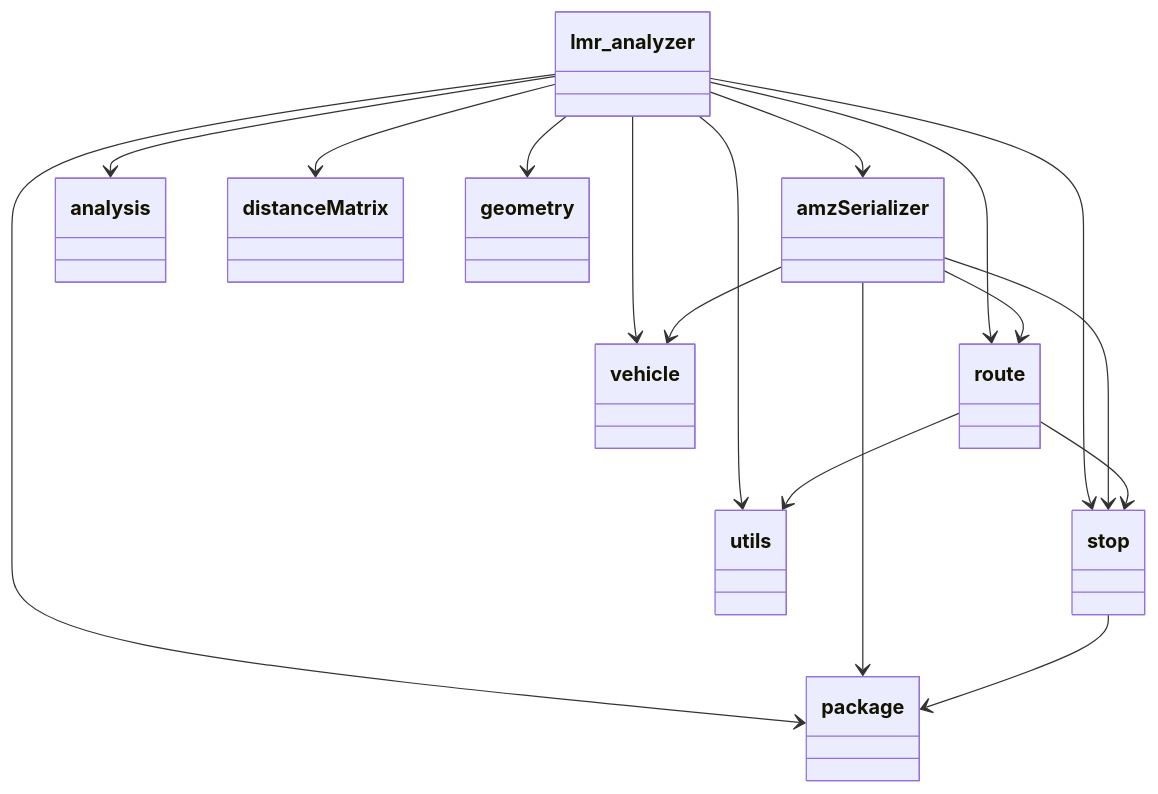
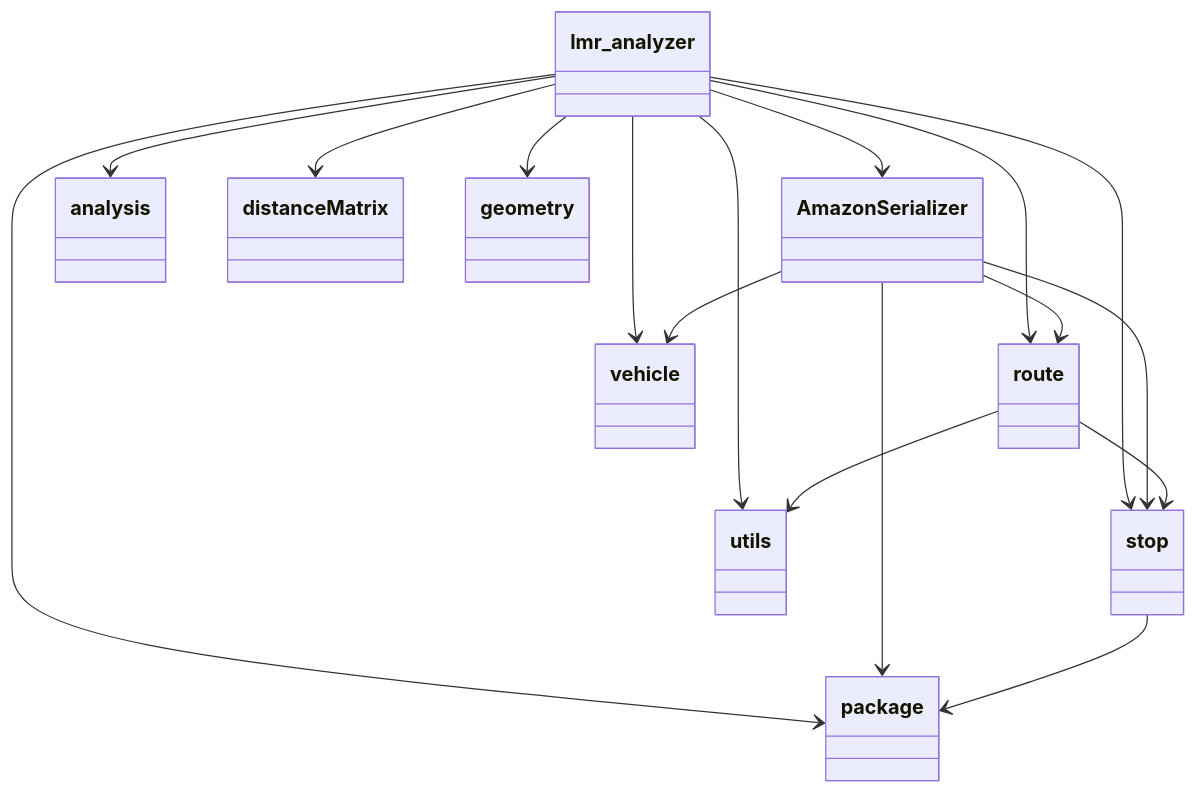
One commit to Gui-FernandesBR/Last-Mile-Routing-Analyzer changed the diagram in README.md. Above: the diagram before and after it, drawn with Mermaid. The commit also changed other lines of this file and 5 other files, not shown here.

````diff
--- a/README.md
+++ b/README.md
@@ -120,41 +120,41 @@
 ```mermaid
 
 classDiagram
     class lmr_analyzer {
     }
-    class amzSerializer {
+    class AmazonSerializer {
     }
     class analysis {
     }
     class distanceMatrix {
     }
     class geometry {
     }
     class package {
     }
     class route {
     }
     class stop {
     }
     class utils {
     }
     class vehicle {
     }
-    lmr_analyzer --> amzSerializer
+    lmr_analyzer --> AmazonSerializer
     lmr_analyzer --> analysis
     lmr_analyzer --> distanceMatrix
     lmr_analyzer --> geometry
     lmr_analyzer --> package
     lmr_analyzer --> route
     lmr_analyzer --> stop
     lmr_analyzer --> utils
     lmr_analyzer --> vehicle
-    amzSerializer --> package
-    amzSerializer --> route
-    amzSerializer --> stop
-    amzSerializer --> vehicle
+    AmazonSerializer --> package
+    AmazonSerializer --> route
+    AmazonSerializer --> stop
+    AmazonSerializer --> vehicle
     route --> stop
     route --> utils
     stop --> package
 
 ```
````
